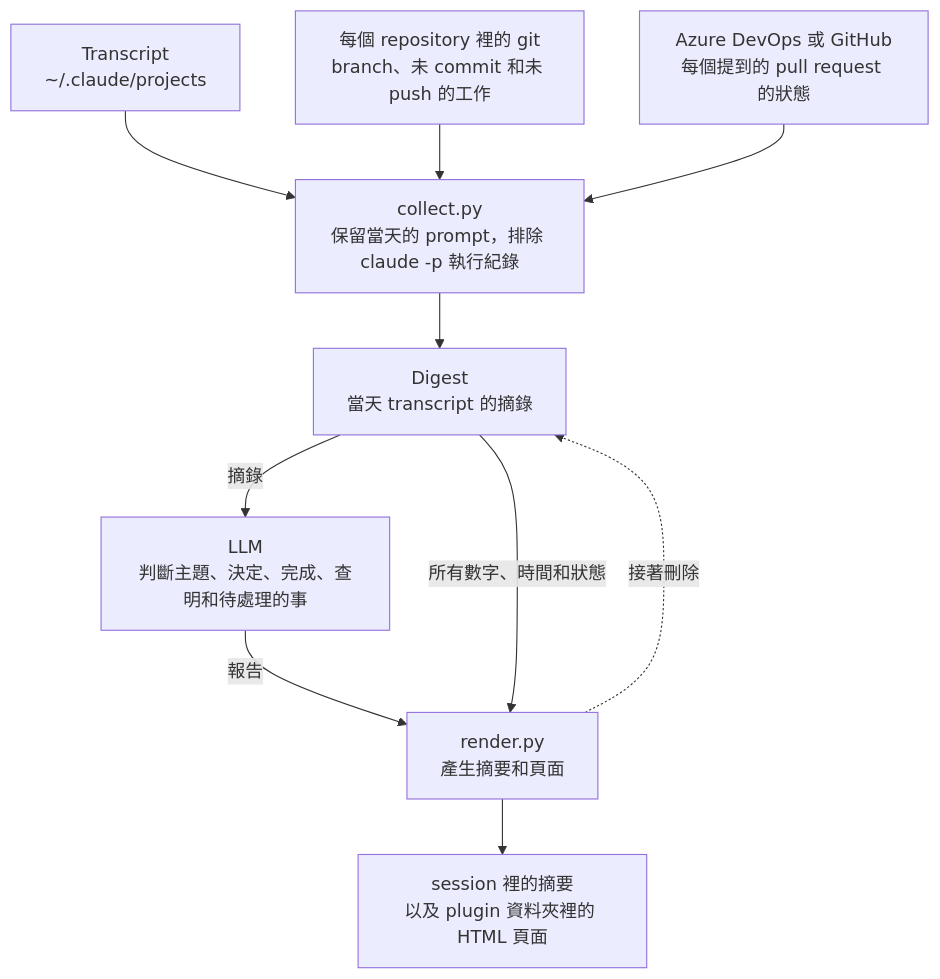
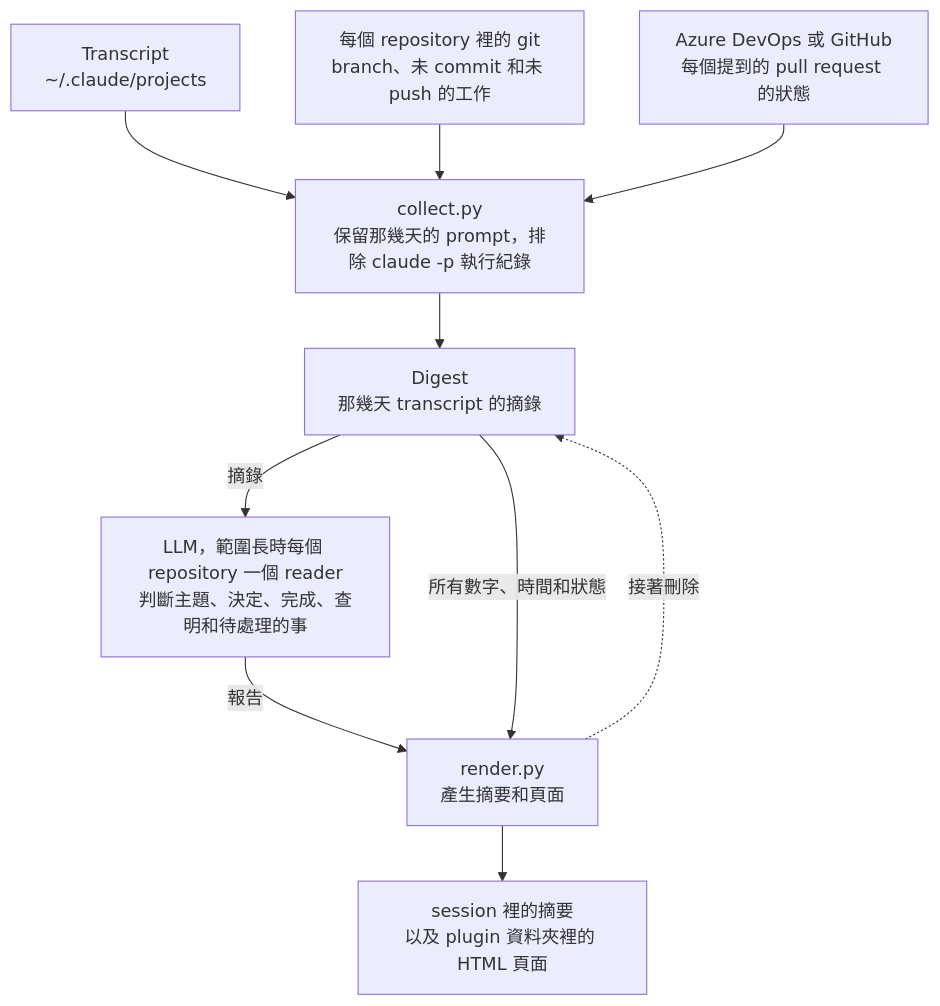
The diagram in plugins/remind-me/README.zh-TW.md (softwareone-platform/tundra), drawn with Mermaid before and after one commit. The commit also changed other lines of this file and 8 other files, not shown here.

````diff
--- a/plugins/remind-me/README.zh-TW.md
+++ b/plugins/remind-me/README.zh-TW.md
@@ -41,12 +41,12 @@
 ```mermaid
 flowchart TB
     transcripts["Transcript<br>~/.claude/projects"] --> collect
     git["每個 repository 裡的 git<br>branch、未 commit 和未 push 的工作"] --> collect
     remote["Azure DevOps 或 GitHub<br>每個提到的 pull request 的狀態"] --> collect
-    collect["collect.py<br>保留當天的 prompt，排除 claude -p 執行紀錄"] --> digest["Digest<br>當天 transcript 的摘錄"]
-    digest -- 摘錄 --> model["LLM<br>判斷主題、決定、完成、查明和待處理的事"]
+    collect["collect.py<br>保留那幾天的 prompt，排除 claude -p 執行紀錄"] --> digest["Digest<br>那幾天 transcript 的摘錄"]
+    digest -- 摘錄 --> model["LLM，範圍長時每個 repository 一個 reader<br>判斷主題、決定、完成、查明和待處理的事"]
     model -- 報告 --> render["render.py<br>產生摘要和頁面"]
     digest -- 所有數字、時間和狀態 --> render
     render --> page["session 裡的摘要<br>以及 plugin 資料夾裡的 HTML 頁面"]
     render -. 接著刪除 .-> digest
 ```
````
